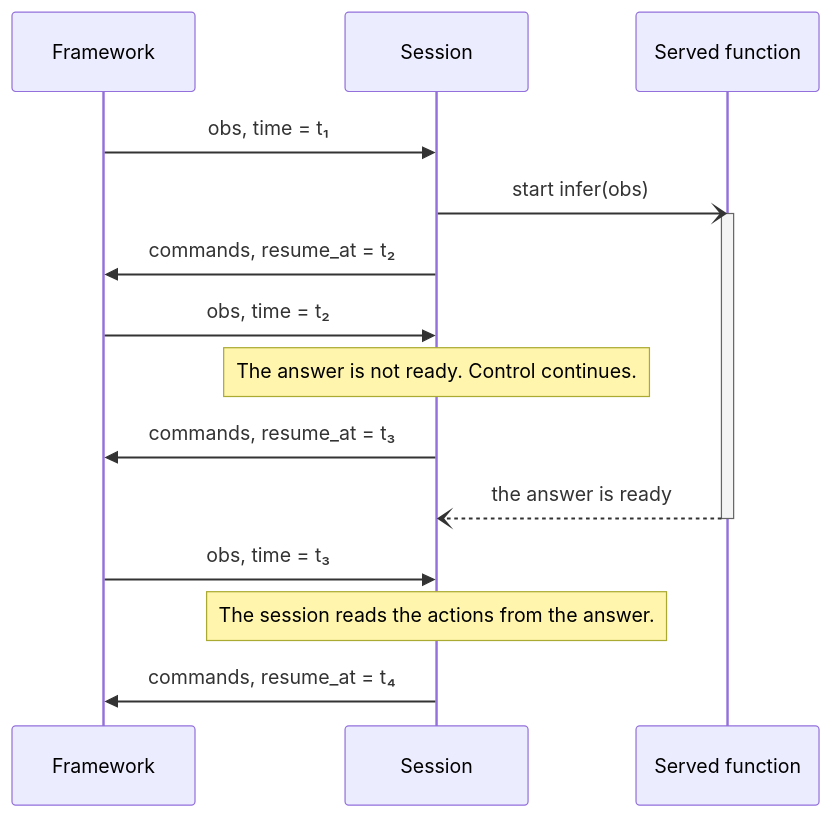
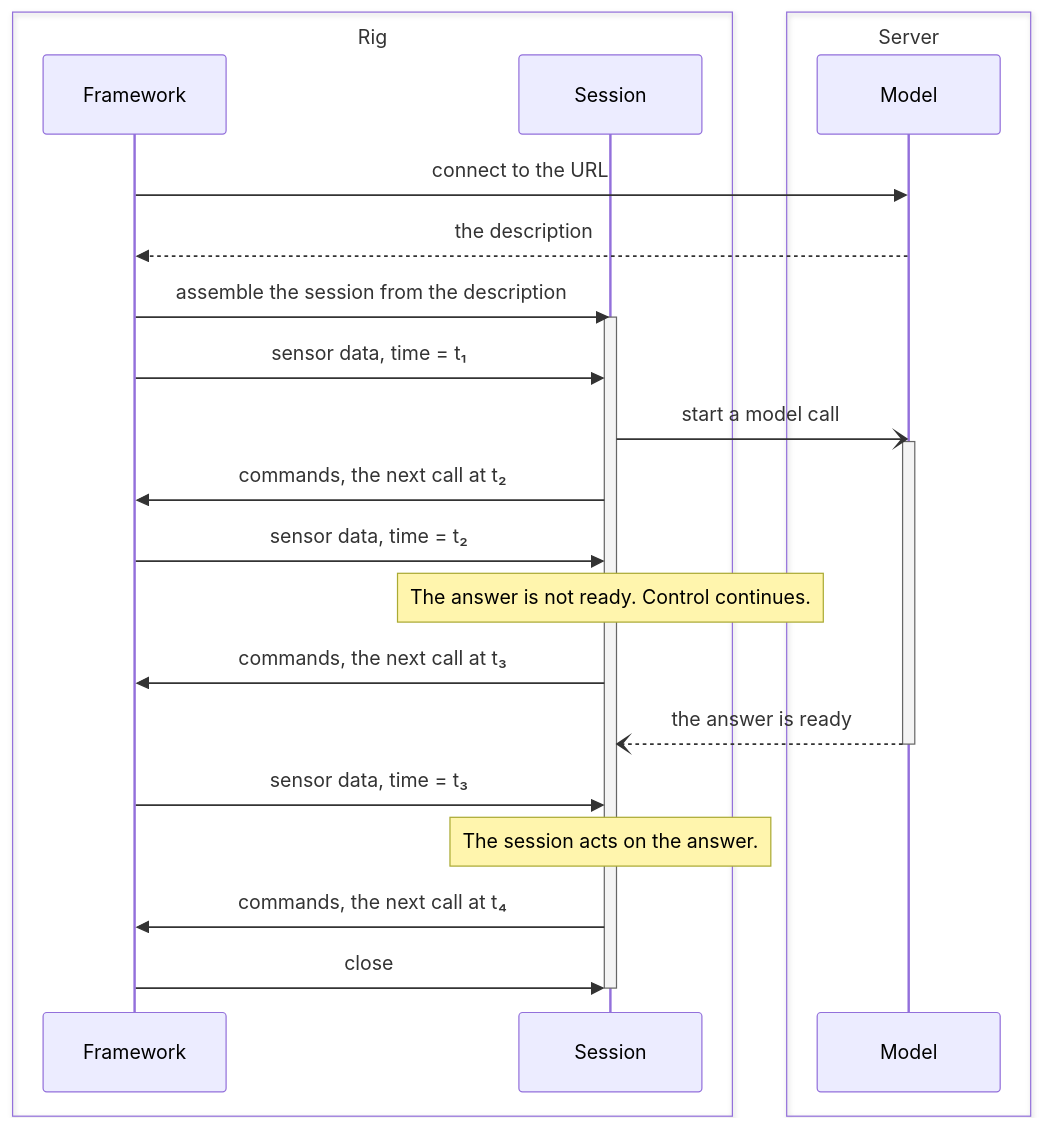
The first of 2 diagrams in positronic/policy/DESIGN.md (Positronic-Robotics/positronic), drawn with Mermaid before and after one commit.

Commit message:
Merge the two sequence diagrams into one

````diff
--- a/positronic/policy/DESIGN.md
+++ b/positronic/policy/DESIGN.md
@@ -208,18 +137,28 @@
 ```mermaid
 sequenceDiagram
-    participant F as Framework
-    participant S as Session
-    participant Fn as Served function
-    F->>S: obs, time = t₁
-    S-)Fn: start infer(obs)
-    activate Fn
-    S->>F: commands, resume_at = t₂
-    F->>S: obs, time = t₂
+    box Rig
+        participant F as Framework
+        participant S as Session
+    end
+    box Server
+        participant M as Model
+    end
+    F->>M: connect to the URL
+    M-->>F: the description
+    F->>S: assemble the session from the description
+    activate S
+    F->>S: sensor data, time = t₁
+    S-)M: start a model call
+    activate M
+    S->>F: commands, the next call at t₂
+    F->>S: sensor data, time = t₂
     Note over S: The answer is not ready. Control continues.
-    S->>F: commands, resume_at = t₃
-    Fn--)S: the answer is ready
-    deactivate Fn
-    F->>S: obs, time = t₃
-    Note over S: The session reads the actions from the answer.
-    S->>F: commands, resume_at = t₄
+    S->>F: commands, the next call at t₃
+    M--)S: the answer is ready
+    deactivate M
+    F->>S: sensor data, time = t₃
+    Note over S: The session acts on the answer.
+    S->>F: commands, the next call at t₄
+    F->>S: close
+    deactivate S
 ```
````
